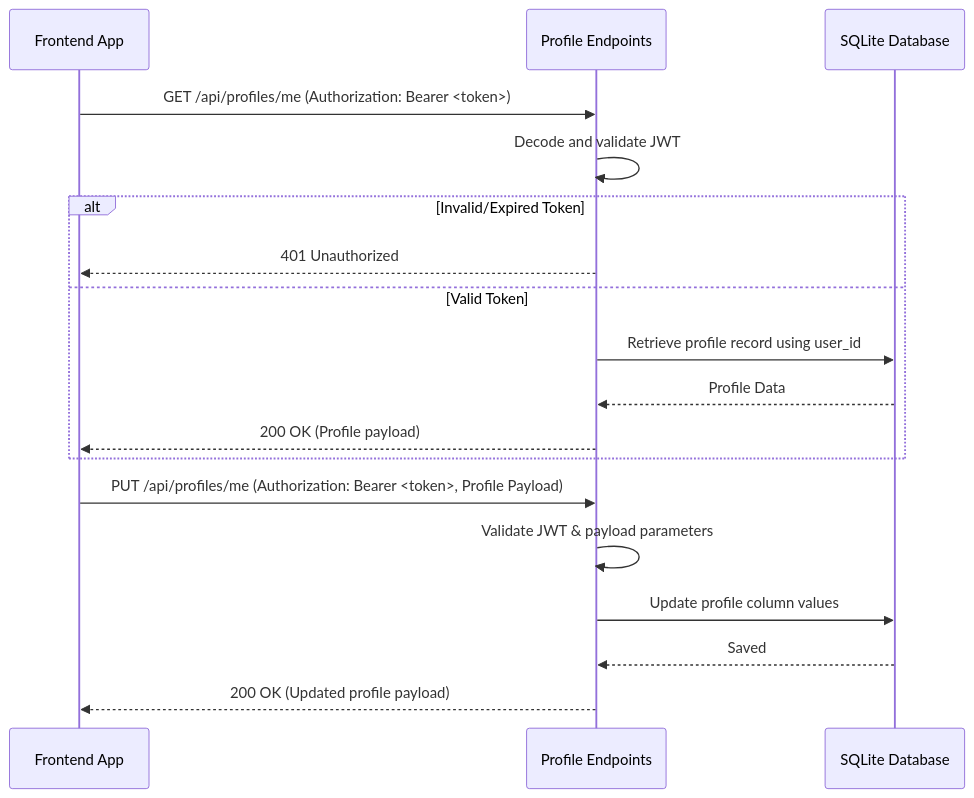
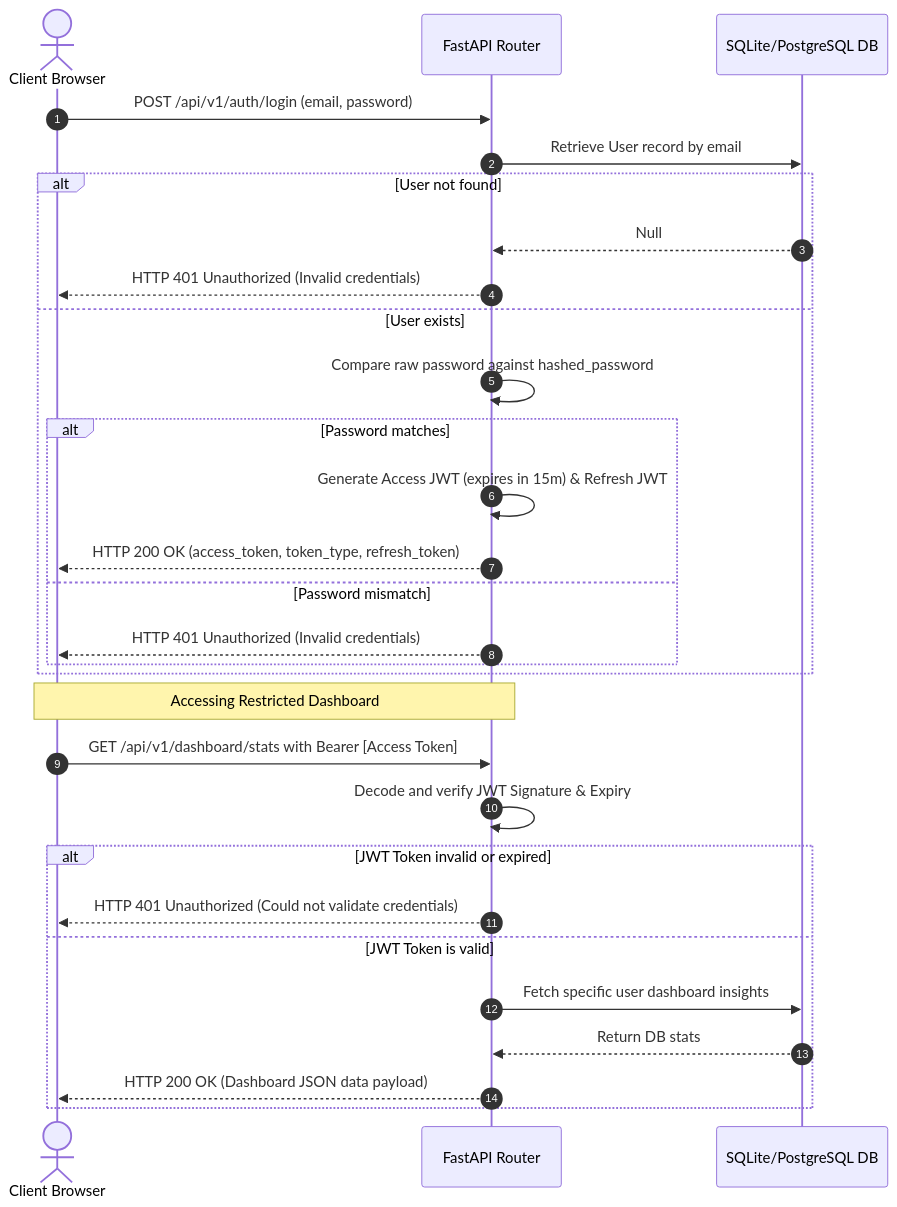
One commit to sskarz/Google-IO-Hackathon-2026 changed the third of 3 diagrams in DESIGN.md. Above: the diagram before and after it, drawn with Mermaid. The commit also changed other lines of this file and 4 other files, not shown here.

````diff
--- a/DESIGN.md
+++ b/DESIGN.md
@@ -86,22 +84,33 @@
 ```mermaid
 sequenceDiagram
-    participant Browser as Frontend App
-    participant ProfileAPI as Profile Endpoints
-    participant DB as SQLite Database
-
-    Browser->>ProfileAPI: GET /api/profiles/me (Authorization: Bearer <token>)
-    ProfileAPI->>ProfileAPI: Decode and validate JWT
-    alt Invalid/Expired Token
-        ProfileAPI-->>Browser: 401 Unauthorized
-    else Valid Token
-        ProfileAPI->>DB: Retrieve profile record using user_id
-        DB-->>ProfileAPI: Profile Data
-        ProfileAPI-->>Browser: 200 OK (Profile payload)
+    autonumber
+    actor User as Client Browser
+    participant API as FastAPI Router
+    participant DB as SQLite/PostgreSQL DB
+    
+    User->>API: POST /api/v1/auth/login (email, password)
+    API->>DB: Retrieve User record by email
+    alt User not found
+        DB-->>API: Null
+        API-->>User: HTTP 401 Unauthorized (Invalid credentials)
+    else User exists
+        API->>API: Compare raw password against hashed_password
+        alt Password matches
+            API->>API: Generate Access JWT (expires in 15m) & Refresh JWT
+            API-->>User: HTTP 200 OK (access_token, token_type, refresh_token)
+        else Password mismatch
+            API-->>User: HTTP 401 Unauthorized (Invalid credentials)
+        end
     end
-
-    Browser->>ProfileAPI: PUT /api/profiles/me (Authorization: Bearer <token>, Profile Payload)
-    ProfileAPI->>ProfileAPI: Validate JWT & payload parameters
-    ProfileAPI->>DB: Update profile column values
-    DB-->>ProfileAPI: Saved
-    ProfileAPI-->>Browser: 200 OK (Updated profile payload)
+    
+    Note over User, API: Accessing Restricted Dashboard
+    User->>API: GET /api/v1/dashboard/stats with Bearer [Access Token]
+    API->>API: Decode and verify JWT Signature & Expiry
+    alt JWT Token invalid or expired
+        API-->>User: HTTP 401 Unauthorized (Could not validate credentials)
+    else JWT Token is valid
+        API->>DB: Fetch specific user dashboard insights
+        DB-->>API: Return DB stats
+        API-->>User: HTTP 200 OK (Dashboard JSON data payload)
+    end
 ```
````
